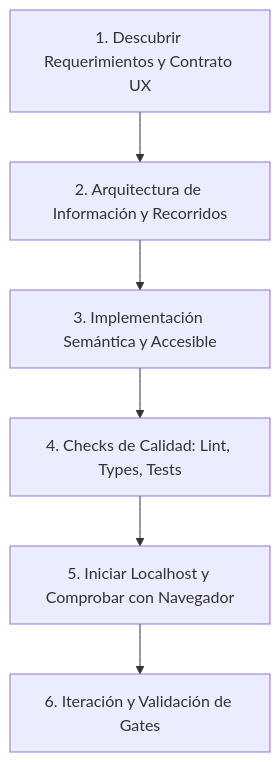
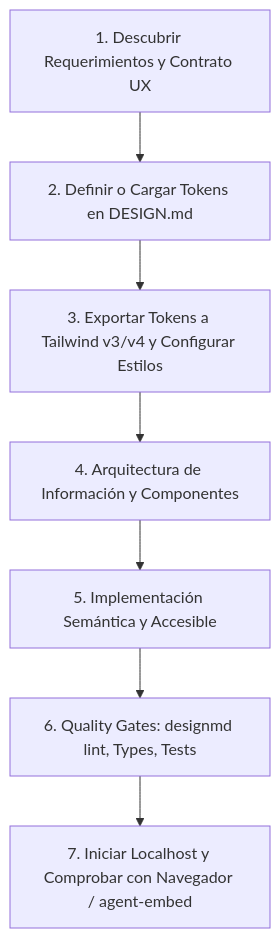
Before and after one commit to MartinG94/skills: the diagram in designUxUi/SKILL.md, drawn with Mermaid. The commit also changed other lines of this file and 32 other files, not shown here.

````diff
--- a/designUxUi/SKILL.md
+++ b/designUxUi/SKILL.md
@@ -63,8 +106,9 @@
 ```mermaid
 flowchart TD
-    A[1. Descubrir Requerimientos y Contrato UX] --> B[2. Arquitectura de Información y Recorridos]
-    B --> C[3. Implementación Semántica y Accesible]
-    C --> D[4. Checks de Calidad: Lint, Types, Tests]
-    D --> E[5. Iniciar Localhost y Comprobar con Navegador]
-    E --> F[6. Iteración y Validación de Gates]
+    A[1. Descubrir Requerimientos y Contrato UX] --> B[2. Definir o Cargar Tokens en DESIGN.md]
+    B --> C[3. Exportar Tokens a Tailwind v3/v4 y Configurar Estilos]
+    C --> D[4. Arquitectura de Información y Componentes]
+    D --> E[5. Implementación Semántica y Accesible]
+    E --> F[6. Quality Gates: designmd lint, Types, Tests]
+    F --> G[7. Iniciar Localhost y Comprobar con Navegador / agent-embed]
 ```
````
